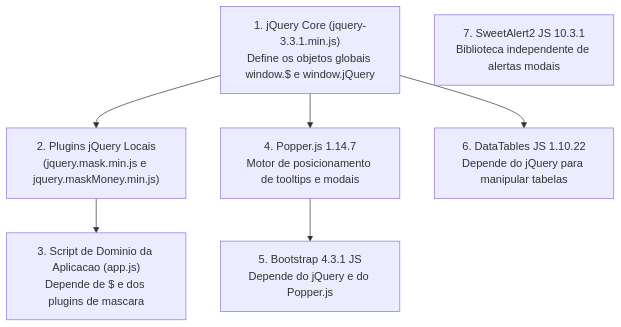
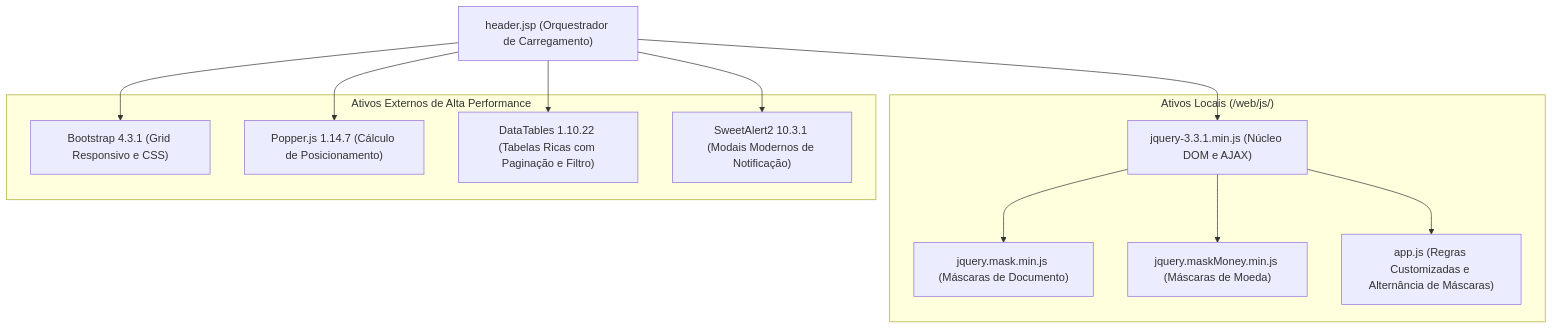
The sixth of 19 diagrams in 3º Semestre/[Prof. Jefferson Passerini] Laboratório de Programação III/Resumos-IA/Caderno-Consolidado.md (murilolol/unifef), drawn with Mermaid before and after one commit. The commit also changed other lines of this file and 25 other files, not shown here.

````diff
--- a/3º Semestre/[Prof. Jefferson Passerini] Laboratório de Programação III/Resumos-IA/Caderno-Consolidado.md
+++ b/3º Semestre/[Prof. Jefferson Passerini] Laboratório de Programação III/Resumos-IA/Caderno-Consolidado.md
@@ -719,16 +356,27 @@
 ```mermaid
 flowchart TD
-    JQuery["1. jQuery Core (jquery-3.3.1.min.js)<br>Define os objetos globais window.$ e window.jQuery"]
-    Plugins["2. Plugins jQuery Locais<br>(jquery.mask.min.js e jquery.maskMoney.min.js)"]
-    AppJS["3. Script de Dominio da Aplicacao (app.js)<br>Depende de $ e dos plugins de mascara"]
-    Popper["4. Popper.js 1.14.7<br>Motor de posicionamento de tooltips e modais"]
-    Bootstrap["5. Bootstrap 4.3.1 JS<br>Depende do jQuery e do Popper.js"]
-    DataTables["6. DataTables JS 1.10.22<br>Depende do jQuery para manipular tabelas"]
-    SweetAlert["7. SweetAlert2 JS 10.3.1<br>Biblioteca independente de alertas modais"]
+    Header["header.jsp (Orquestrador de Carregamento)"]
+    
+    subgraph Locais["Ativos Locais (/web/js/)"]
+        JQ["jquery-3.3.1.min.js (Núcleo DOM e AJAX)"]
+        JQM["jquery.mask.min.js (Máscaras de Documento)"]
+        JQMM["jquery.maskMoney.min.js (Máscaras de Moeda)"]
+        APP["app.js (Regras Customizadas e Alternância de Máscaras)"]
+    end
 
-    JQuery --> Plugins
-    Plugins --> AppJS
-    JQuery --> Popper
-    Popper --> Bootstrap
-    JQuery --> DataTables
+    subgraph CDNs["Ativos Externos de Alta Performance"]
+        BS["Bootstrap 4.3.1 (Grid Responsivo e CSS)"]
+        POP["Popper.js 1.14.7 (Cálculo de Posicionamento)"]
+        DT["DataTables 1.10.22 (Tabelas Ricas com Paginação e Filtro)"]
+        SWAL["SweetAlert2 10.3.1 (Modais Modernos de Notificação)"]
+    end
+
+    Header --> JQ
+    JQ --> JQM
+    JQ --> JQMM
+    JQ --> APP
+    Header --> BS
+    Header --> POP
+    Header --> DT
+    Header --> SWAL
 ```
````
